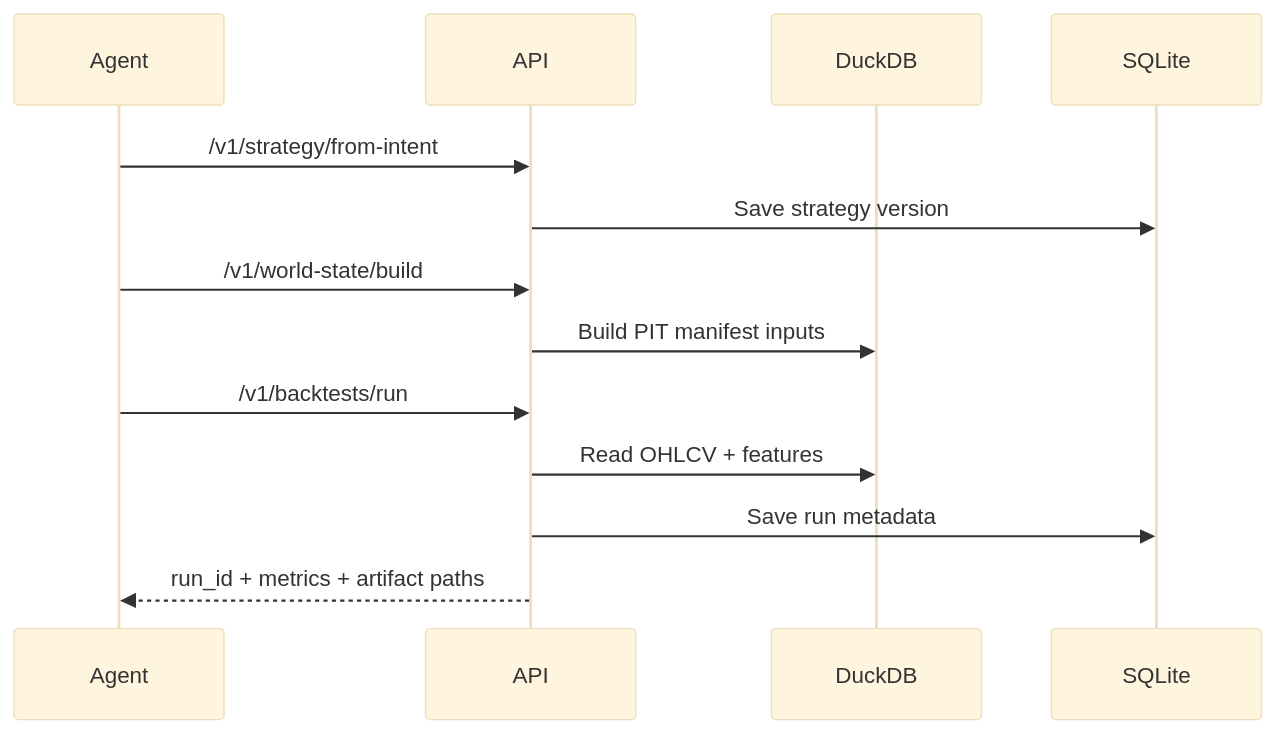
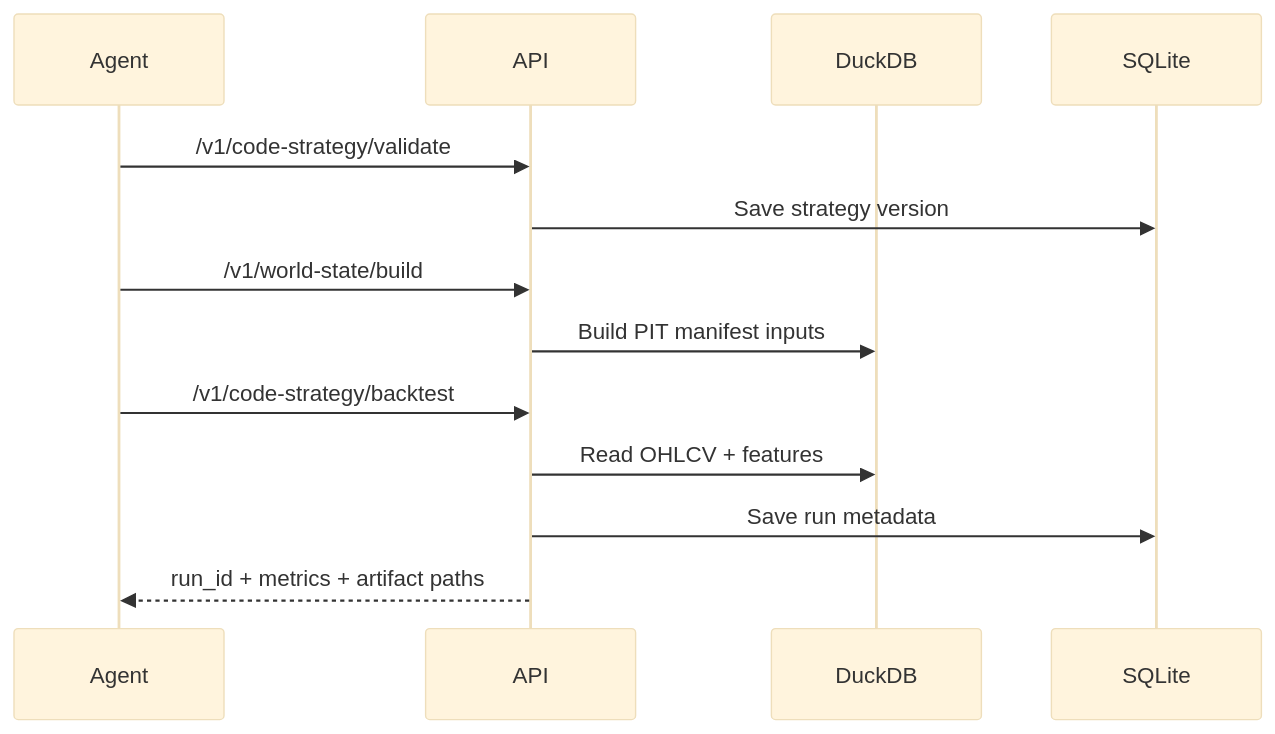
One commit to AryamaVMurthy/Fin-Agent changed the fourth of 4 diagrams in DESIGN.md. Above: the diagram before and after it, drawn with Mermaid (base theme). The commit also changed other lines of this file and 22 other files, not shown here.

Commit message:
feat: complete stage-1 agentic tuning and remove legacy intent flow

````diff
--- a/DESIGN.md
+++ b/DESIGN.md
@@ -347,16 +349,16 @@
 ```mermaid
 sequenceDiagram
     participant Agent
     participant API
     participant DDB as DuckDB
     participant SDB as SQLite
 
-    Agent->>API: /v1/strategy/from-intent
+    Agent->>API: /v1/code-strategy/validate
     API->>SDB: Save strategy version
     Agent->>API: /v1/world-state/build
     API->>DDB: Build PIT manifest inputs
-    Agent->>API: /v1/backtests/run
+    Agent->>API: /v1/code-strategy/backtest
     API->>DDB: Read OHLCV + features
     API->>SDB: Save run metadata
     API-->>Agent: run_id + metrics + artifact paths
 ```
````
